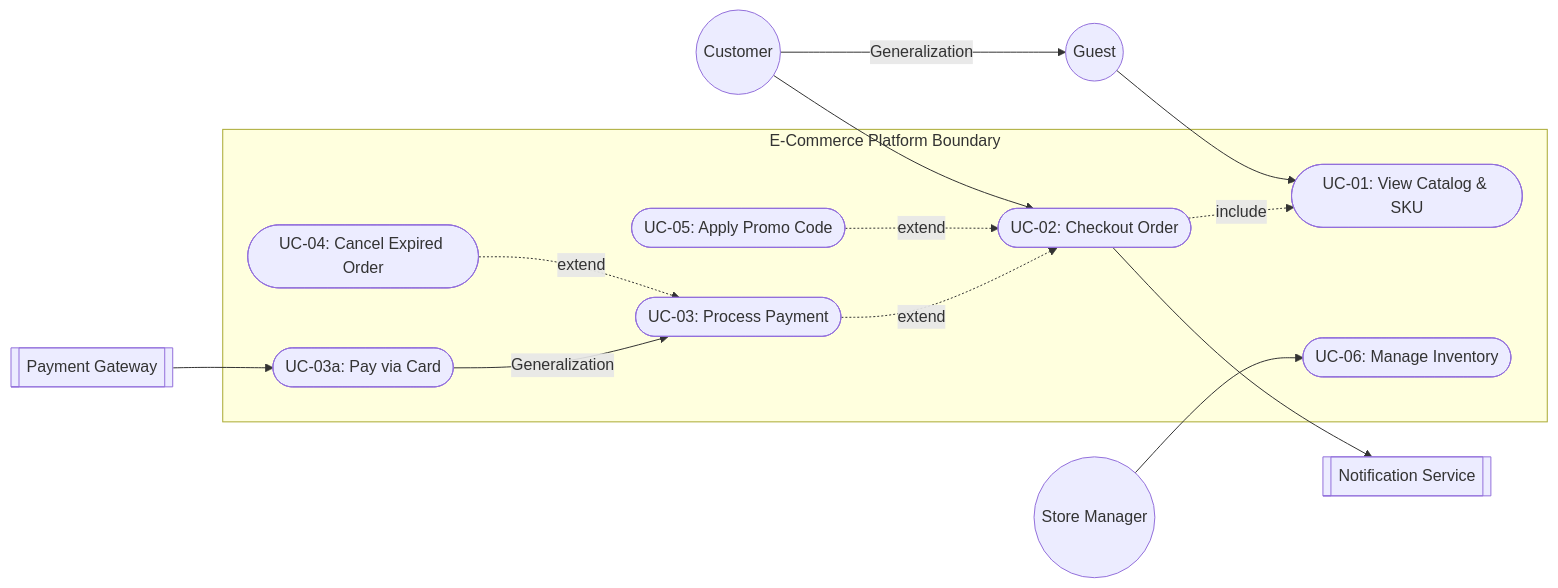
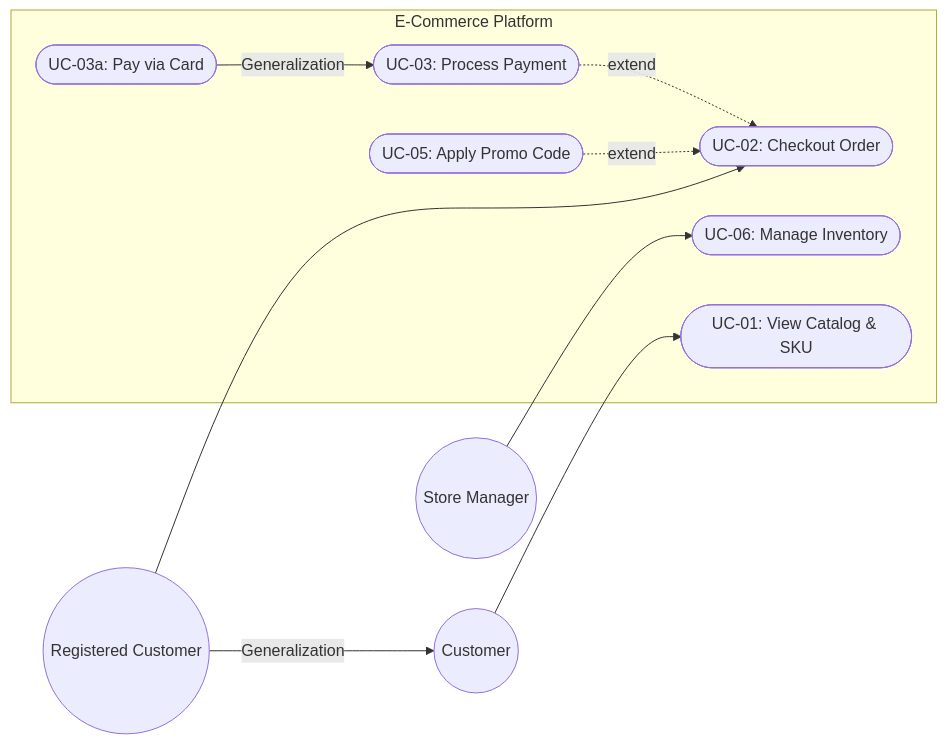
The diagram in lab2/mermaid.mmd (martagoricko-lang/requirements-modeling-labs), drawn with Mermaid before and after one commit.

```diff
--- a/lab2/mermaid.mmd
+++ b/lab2/mermaid.mmd
@@ -1,37 +1,30 @@
 graph LR
     %% Актори поза межами системи
     Customer((Customer))
-    Guest((Guest))
+    RegisteredCustomer((Registered Customer))
     StoreManager((Store Manager))
-    PaymentGW[["Payment Gateway"]]
-    NotifSVC[["Notification Service"]]
 
-    Customer -- Generalization --> Guest
+    %% Узагальнення акторів
+    RegisteredCustomer -- Generalization --> Customer
 
     %% Границі системи (System Boundary)
-    subgraph System ["E-Commerce Platform Boundary"]
+    subgraph System ["E-Commerce Platform"]
         UC1([UC-01: View Catalog & SKU])
         UC2([UC-02: Checkout Order])
         UC3([UC-03: Process Payment])
         UC3a([UC-03a: Pay via Card])
-        UC4([UC-04: Cancel Expired Order])
         UC5([UC-05: Apply Promo Code])
         UC6([UC-06: Manage Inventory])
 
         %% Узагальнення прецедентів
         UC3a -- Generalization --> UC3
 
-        %% Include & Extend усередині системи
-        UC2 -. "include" .-> UC1
+        %% Extend усередині системи
         UC3 -. "extend" .-> UC2
         UC5 -. "extend" .-> UC2
-        UC4 -. "extend" .-> UC3
     end
 
-    %% Зв'язки Акторів із прецедентами системи
-    Guest --> UC1
-    Customer --> UC2
+    %% Зв'язки Акторів із прецедентами
+    Customer --> UC1
+    RegisteredCustomer --> UC2
     StoreManager --> UC6
-    
-    PaymentGW --> UC3a
-    UC2 --> NotifSVC
```
